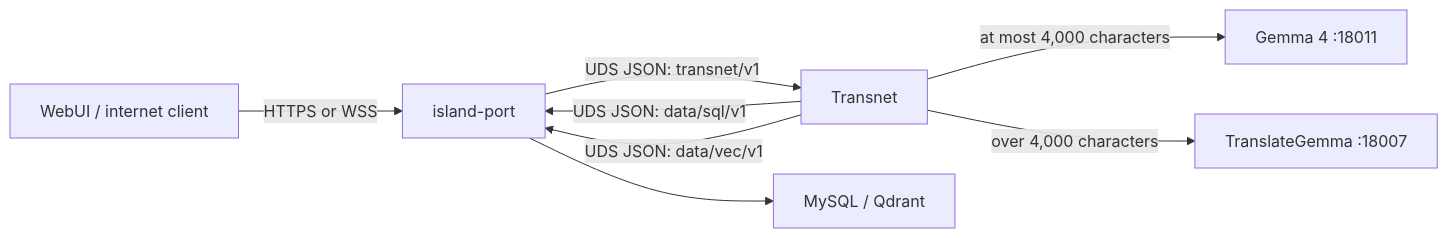
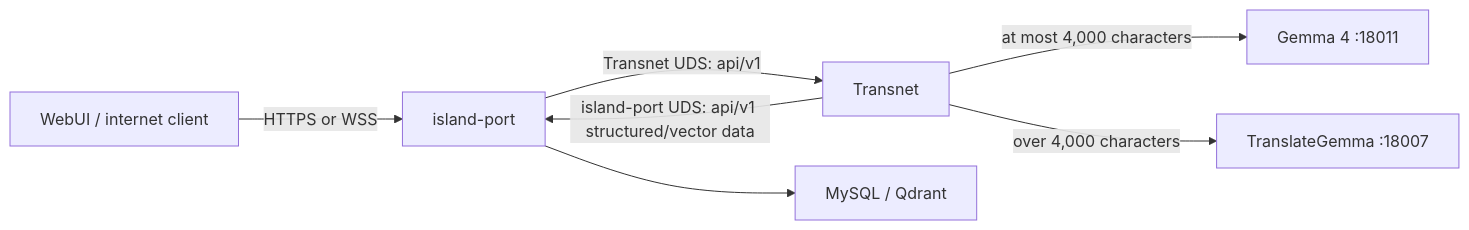
The diagram in README.md (Ashex-x/Transnet), drawn with Mermaid before and after one commit. The commit also changed other lines of this file and 13 other files, not shown here.

````diff
--- a/README.md
+++ b/README.md
@@ -22,10 +22,9 @@
 ```mermaid
 flowchart LR
   client["WebUI / internet client"] -->|"HTTPS or WSS"| island["island-port"]
-  island -->|"UDS JSON: transnet/v1"| service["Transnet"]
-  service -->|"UDS JSON: data/sql/v1"| island
-  service -->|"UDS JSON: data/vec/v1"| island
+  island -->|"Transnet UDS: api/v1"| service["Transnet"]
+  service -->|"island-port UDS: api/v1 structured/vector data"| island
   island --> databases["MySQL / Qdrant"]
   service -->|"at most 4,000 characters"| gemma4["Gemma 4 :18011"]
   service -->|"over 4,000 characters"| translate["TranslateGemma :18007"]
 ```
````
